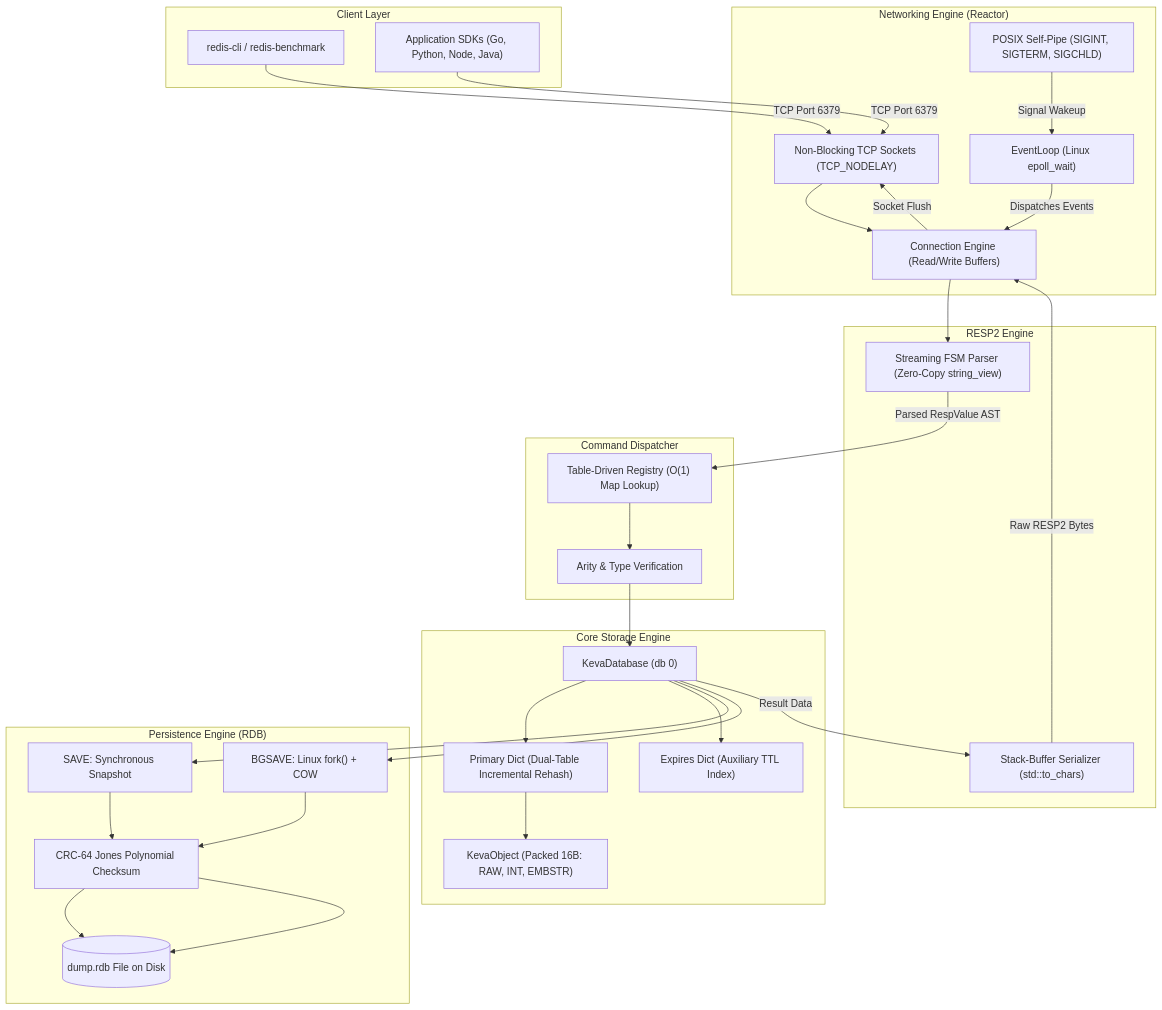
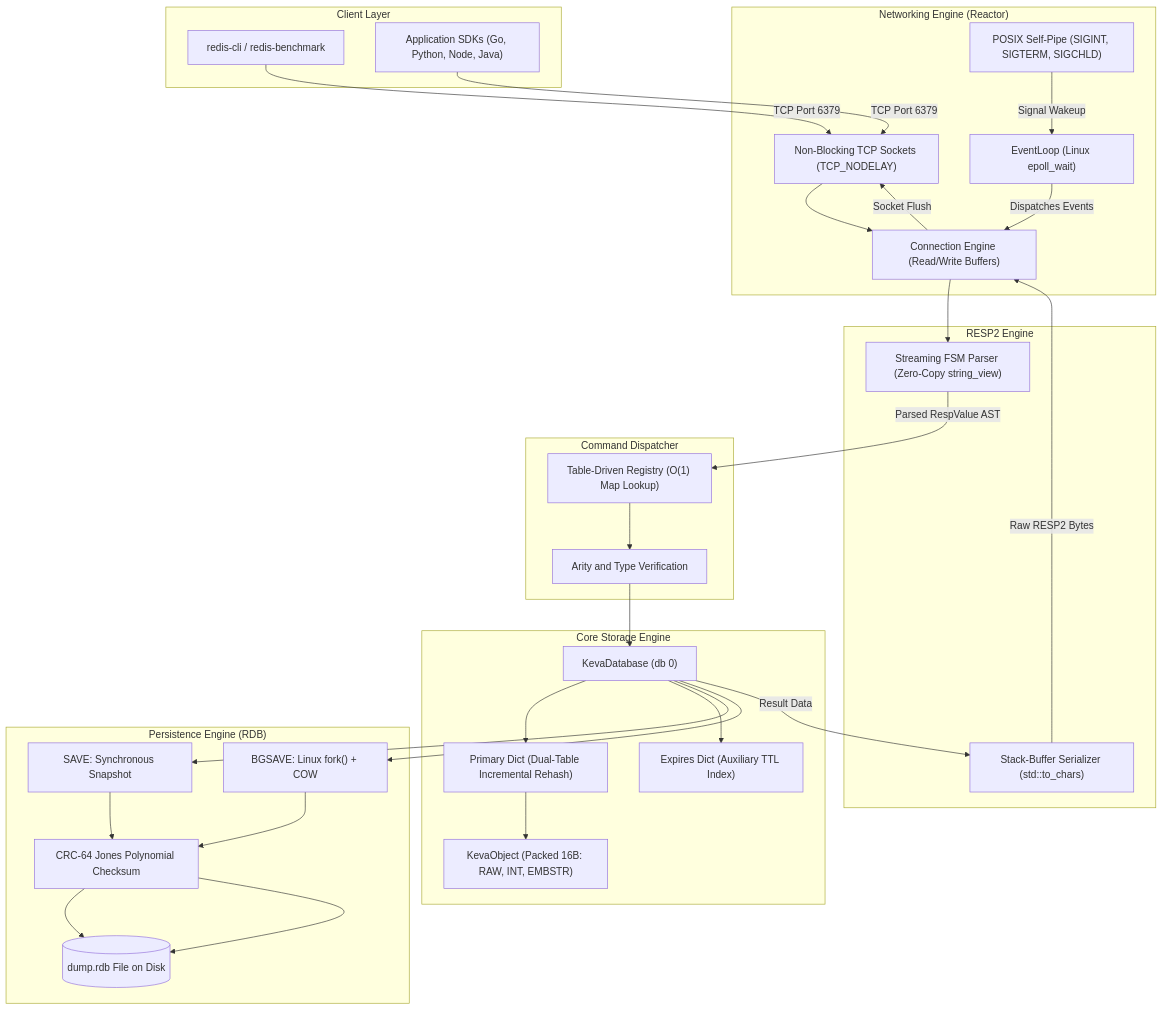
One commit to tusharkkp/Keva-DB changed the first of 3 diagrams in README.md. Above: the diagram before and after it, drawn with Mermaid. The commit also changed other lines of this file and 2 other files, not shown here.

Commit message:
fix(docs): add official Keva DB logo and fix Mermaid sequence diagram syntax

````diff
--- a/README.md
+++ b/README.md
@@ -124,58 +126,58 @@
 ```mermaid
 graph TD
     subgraph Clients["Client Layer"]
         CLI["redis-cli / redis-benchmark"]
         APPS["Application SDKs (Go, Python, Node, Java)"]
     end
 
     subgraph Network["Networking Engine (Reactor)"]
         SOCK["Non-Blocking TCP Sockets (TCP_NODELAY)"]
-        LOOP["EventLoop (Linux epoll_wait)"]
+        EVLOOP["EventLoop (Linux epoll_wait)"]
         CONN["Connection Engine (Read/Write Buffers)"]
         PIPE["POSIX Self-Pipe (SIGINT, SIGTERM, SIGCHLD)"]
     end
 
     subgraph Protocol["RESP2 Engine"]
         PARSER["Streaming FSM Parser (Zero-Copy string_view)"]
         ENCODER["Stack-Buffer Serializer (std::to_chars)"]
     end
 
     subgraph Router["Command Dispatcher"]
         REG["Table-Driven Registry (O(1) Map Lookup)"]
-        ARITY["Arity & Type Verification"]
+        ARITY["Arity and Type Verification"]
     end
 
     subgraph Storage["Core Storage Engine"]
         DB["KevaDatabase (db 0)"]
         DICT["Primary Dict (Dual-Table Incremental Rehash)"]
         EXPIRES["Expires Dict (Auxiliary TTL Index)"]
         OBJ["KevaObject (Packed 16B: RAW, INT, EMBSTR)"]
     end
 
     subgraph Persistence["Persistence Engine (RDB)"]
         SYNC["SAVE: Synchronous Snapshot"]
         BG["BGSAVE: Linux fork() + COW"]
         CRC["CRC-64 Jones Polynomial Checksum"]
         DISK[("dump.rdb File on Disk")]
     end
 
     CLI -->|TCP Port 6379| SOCK
     APPS -->|TCP Port 6379| SOCK
     SOCK --> CONN
-    LOOP -->|Dispatches Events| CONN
-    PIPE -->|Signal Wakeup| LOOP
+    EVLOOP -->|Dispatches Events| CONN
+    PIPE -->|Signal Wakeup| EVLOOP
     CONN --> PARSER
     PARSER -->|Parsed RespValue AST| REG
     REG --> ARITY
     ARITY --> DB
     DB --> DICT
     DB --> EXPIRES
     DICT --> OBJ
     DB --> SYNC
     DB --> BG
     SYNC --> CRC --> DISK
     BG --> CRC --> DISK
     DB -->|Result Data| ENCODER
     ENCODER -->|Raw RESP2 Bytes| CONN
     CONN -->|Socket Flush| SOCK
 ```
````
